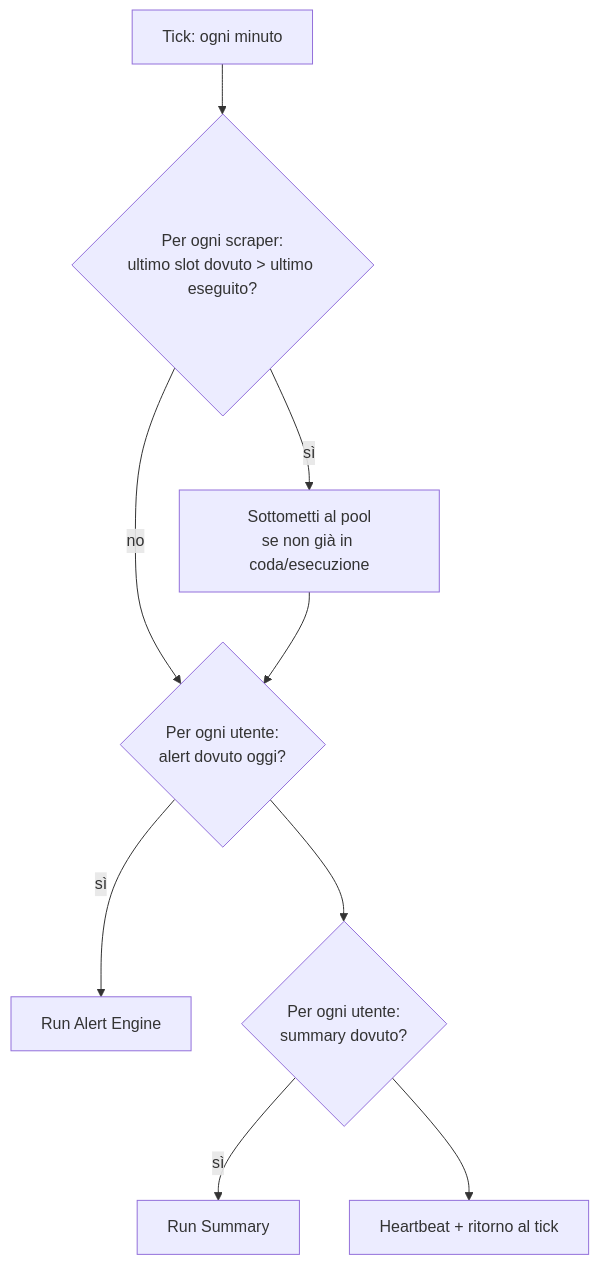
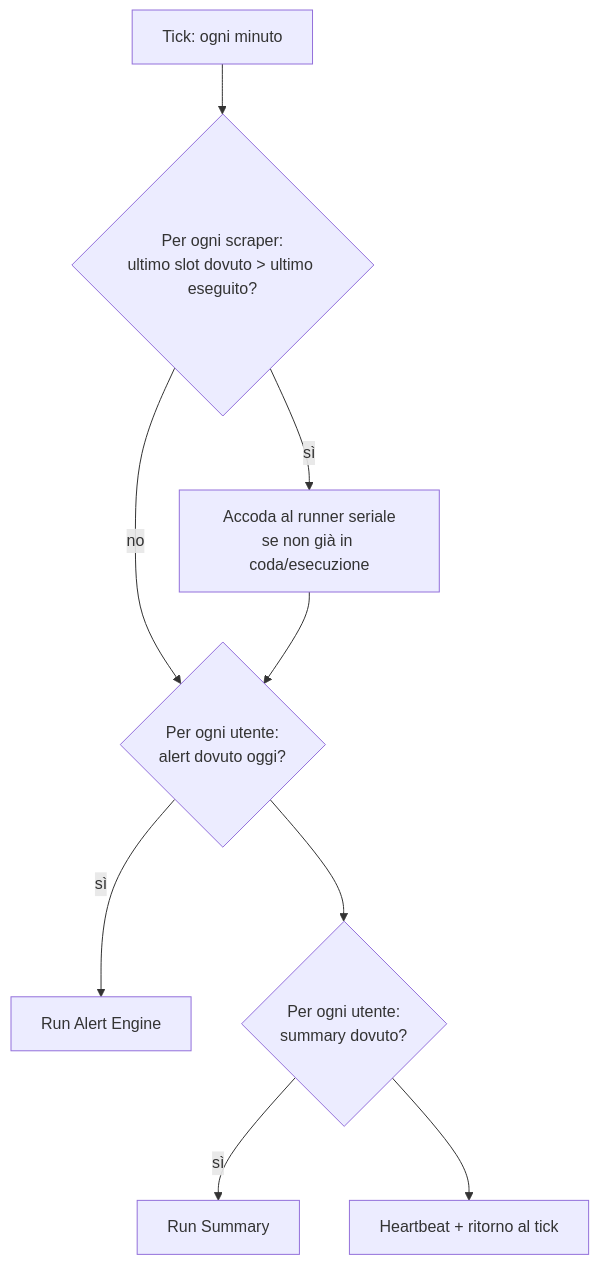
The first of 3 diagrams in docs/2-architecture/scheduling-and-execution.md (caporalesimone/watch-em-all), drawn with Mermaid before and after one commit. The commit also changed other lines of this file and 28 other files, not shown here.

````diff
--- a/docs/2-architecture/scheduling-and-execution.md
+++ b/docs/2-architecture/scheduling-and-execution.md
@@ -19,11 +19,11 @@
 ```mermaid
 flowchart TD
     T[Tick: ogni minuto] --> S{Per ogni scraper:<br/>ultimo slot dovuto > ultimo eseguito?}
-    S -- sì --> POOL[Sottometti al pool<br/>se non già in coda/esecuzione]
+    S -- sì --> RUN[Accoda al runner seriale<br/>se non già in coda/esecuzione]
     S -- no --> A
-    POOL --> A{Per ogni utente:<br/>alert dovuto oggi?}
+    RUN --> A{Per ogni utente:<br/>alert dovuto oggi?}
     A -- sì --> AE[Run Alert Engine]
     A --> SU{Per ogni utente:<br/>summary dovuto?}
     SU -- sì --> SM[Run Summary]
     SU --> HB[Heartbeat + ritorno al tick]
 ```
````
